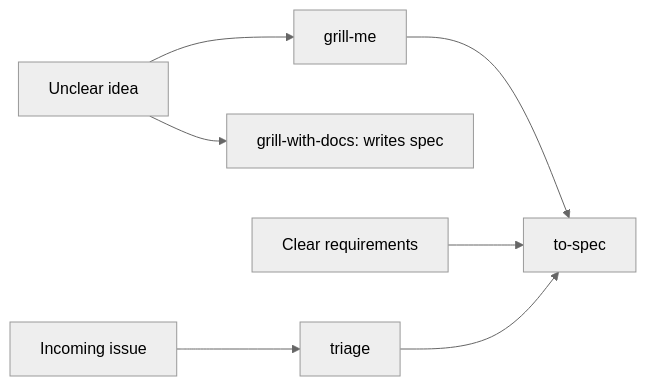
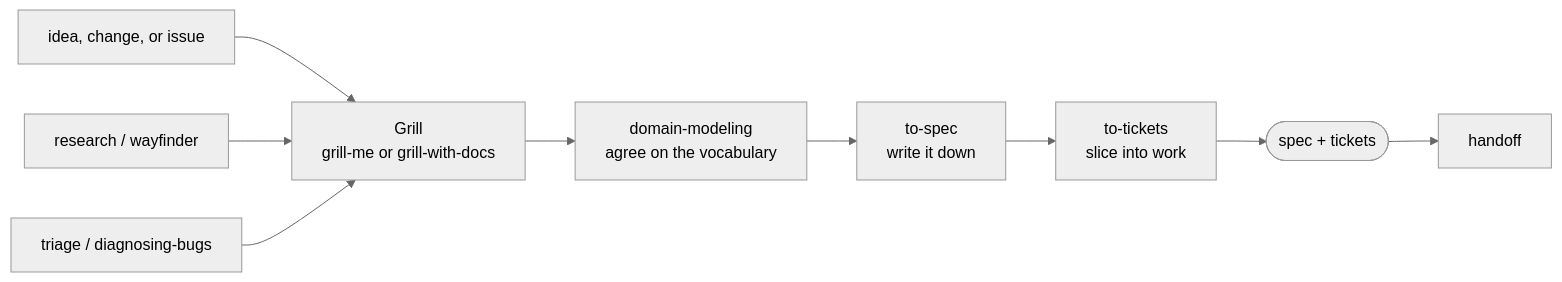
The first of 5 diagrams in README.md (NickDabizaz/skills), drawn with Mermaid (neutral theme) before and after one commit. The commit also changed other lines of this file and 249 other files, not shown here.

````diff
--- a/README.md
+++ b/README.md
@@ -40,7 +51,11 @@
 ```mermaid
 flowchart LR
-    U["Unclear idea"] --> G["grill-me"] --> S["to-spec"]
-    U --> GD["grill-with-docs: writes spec"]
-    C["Clear requirements"] --> S
-    I["Incoming issue"] --> T["triage"] --> S
+  I["idea, change, or issue"] --> G["Grill<br/>grill-me or grill-with-docs"]
+  G --> D["domain-modeling<br/>agree on the vocabulary"]
+  D --> S["to-spec<br/>write it down"]
+  S --> T["to-tickets<br/>slice into work"]
+  T --> O(["spec + tickets"])
+  O --> H["handoff"]
+  R["research / wayfinder"] --> G
+  X["triage / diagnosing-bugs"] --> G
 ```
````
